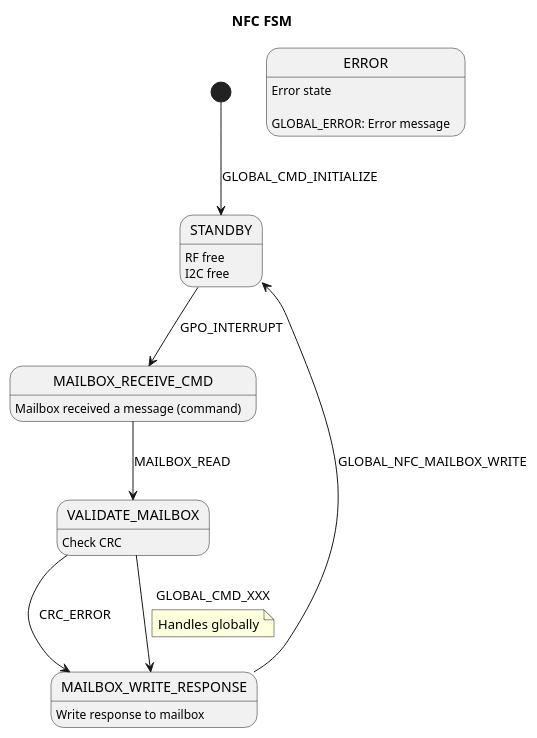
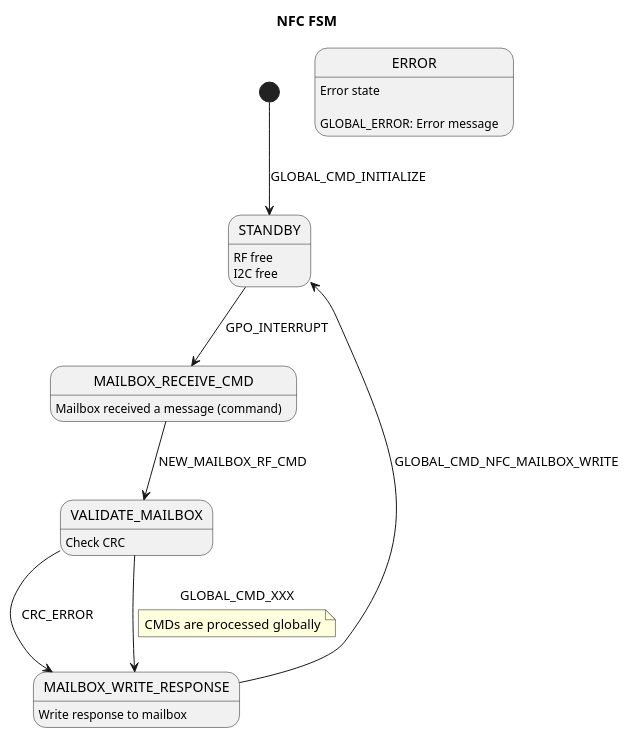
The diagram in firmware/iot-risk-logger-stm32l4/app/tasks/nfc/README.md (polesskiy-dev/iot-risk-logger-stm32l4), drawn with PlantUML before and after one commit. The commit also changed other lines of this file and 11 other files, not shown here.

````diff
--- a/firmware/iot-risk-logger-stm32l4/app/tasks/nfc/README.md
+++ b/firmware/iot-risk-logger-stm32l4/app/tasks/nfc/README.md
@@ -28,26 +43,26 @@
 ```plantuml
 @startuml
 title NFC FSM
 hide empty description
 
 STANDBY: RF free\nI2C free
 MAILBOX_RECEIVE_CMD: Mailbox received a message (command)
 VALIDATE_MAILBOX: Check CRC 
 MAILBOX_WRITE_RESPONSE: Write response to mailbox
 ERROR: Error state\n\nGLOBAL_ERROR: Error message
 
 [*] --> STANDBY : GLOBAL_CMD_INITIALIZE
 STANDBY --> MAILBOX_RECEIVE_CMD : GPO_INTERRUPT
 
-MAILBOX_RECEIVE_CMD --> VALIDATE_MAILBOX : MAILBOX_READ
+MAILBOX_RECEIVE_CMD --> VALIDATE_MAILBOX : NEW_MAILBOX_RF_CMD
 
 VALIDATE_MAILBOX --> MAILBOX_WRITE_RESPONSE: CRC_ERROR
 VALIDATE_MAILBOX --> MAILBOX_WRITE_RESPONSE: GLOBAL_CMD_XXX
 note on link
-    Handles globally
+    CMDs are processed globally
 end note
 
-MAILBOX_WRITE_RESPONSE --> STANDBY: GLOBAL_NFC_MAILBOX_WRITE
+MAILBOX_WRITE_RESPONSE --> STANDBY: GLOBAL_CMD_NFC_MAILBOX_WRITE
 
 @enduml
 ```
````
